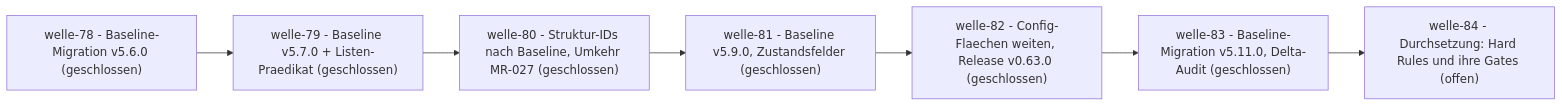
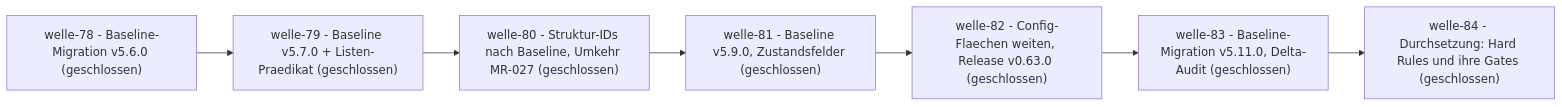
Before and after one commit to pt9912/d-check: the diagram in docs/plan/planning/in-progress/roadmap.md, drawn with Mermaid. The commit also changed other lines of this file and 8 other files, not shown here.

````diff
--- a/docs/plan/planning/in-progress/roadmap.md
+++ b/docs/plan/planning/in-progress/roadmap.md
@@ -78,16 +76,16 @@
 ```mermaid
 flowchart LR
     W78["welle-78 - Baseline-Migration v5.6.0 (geschlossen)"]
     W79["welle-79 - Baseline v5.7.0 + Listen-Praedikat (geschlossen)"]
     W78 --> W79
     W80["welle-80 - Struktur-IDs nach Baseline, Umkehr MR-027 (geschlossen)"]
     W79 --> W80
     W81["welle-81 - Baseline v5.9.0, Zustandsfelder (geschlossen)"]
     W82["welle-82 - Config-Flaechen weiten, Release v0.63.0 (geschlossen)"]
     W81 --> W82
     W83["welle-83 - Baseline-Migration v5.11.0, Delta-Audit (geschlossen)"]
-    W84["welle-84 - Durchsetzung: Hard Rules und ihre Gates (offen)"]
+    W84["welle-84 - Durchsetzung: Hard Rules und ihre Gates (geschlossen)"]
     W83 --> W84
     W82 --> W83
     W80 --> W81
 ```
````
